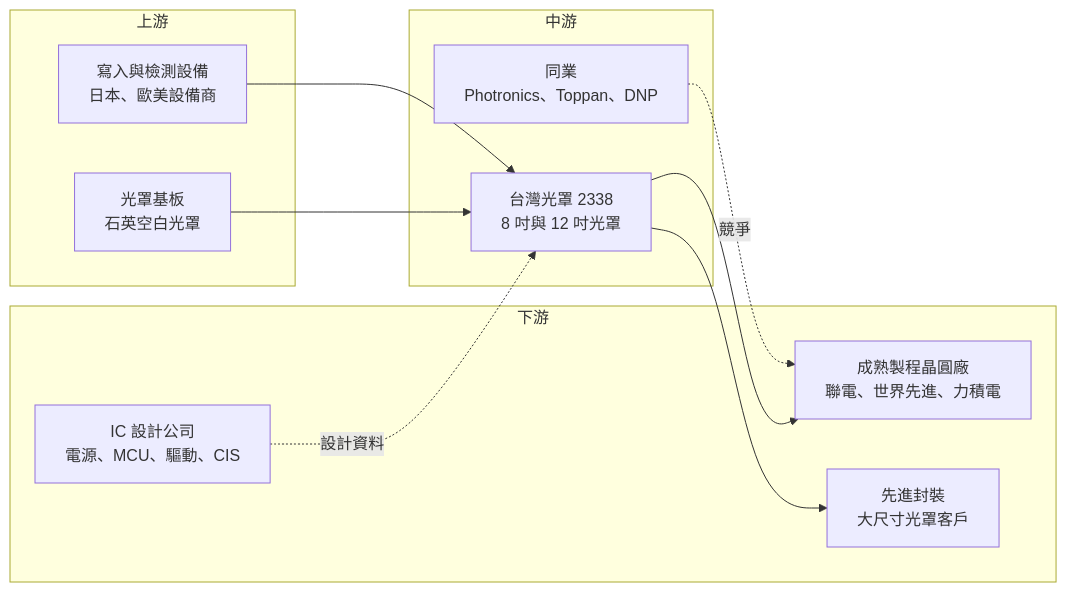
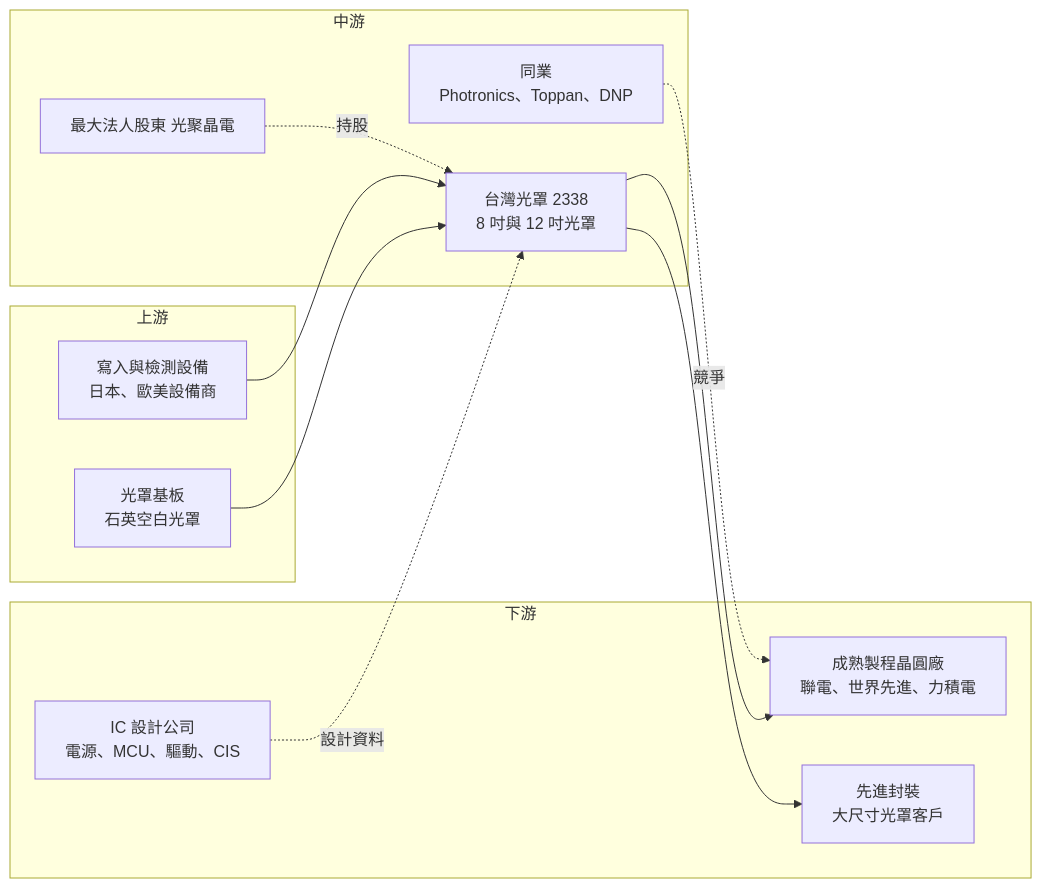
Before and after one commit to wangnick1004/taiwan-stock-vault: the fourth of 4 diagrams in 個股/台股/2338光罩.md, drawn with Mermaid. The commit also changed other lines of this file and 10 other files, not shown here.

````diff
--- a/個股/台股/2338光罩.md
+++ b/個股/台股/2338光罩.md
@@ -211,22 +229,24 @@
 ```mermaid
 flowchart LR
     subgraph 上游
         A1["光罩基板<br/>石英空白光罩"]
         A2["寫入與檢測設備<br/>日本、歐美設備商"]
     end
     subgraph 中游
         B["台灣光罩 2338<br/>8 吋與 12 吋光罩"]
         B2["同業<br/>Photronics、Toppan、DNP"]
+        B3["最大法人股東 光聚晶電"]
     end
     subgraph 下游
         C1["成熟製程晶圓廠<br/>聯電、世界先進、力積電"]
         C2["IC 設計公司<br/>電源、MCU、驅動、CIS"]
         C3["先進封裝<br/>大尺寸光罩客戶"]
     end
     A1 --> B
     A2 --> B
+    B3 -.持股.-> B
     B --> C1
     C2 -.設計資料.-> B
     B --> C3
     B2 -.競爭.-> C1
 ```
````
